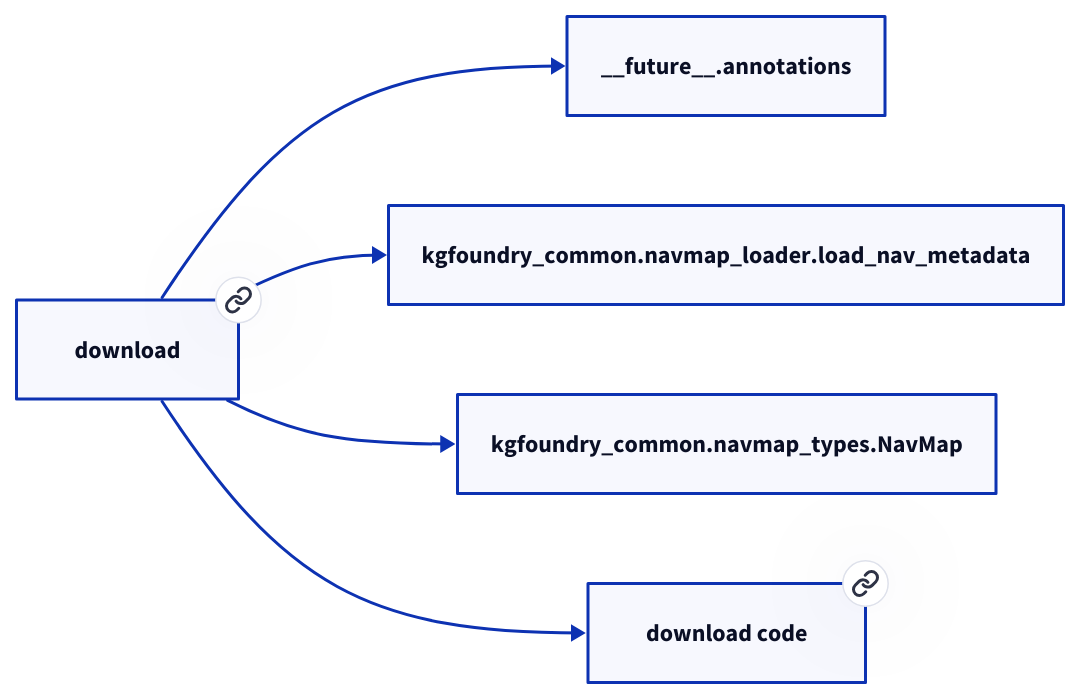
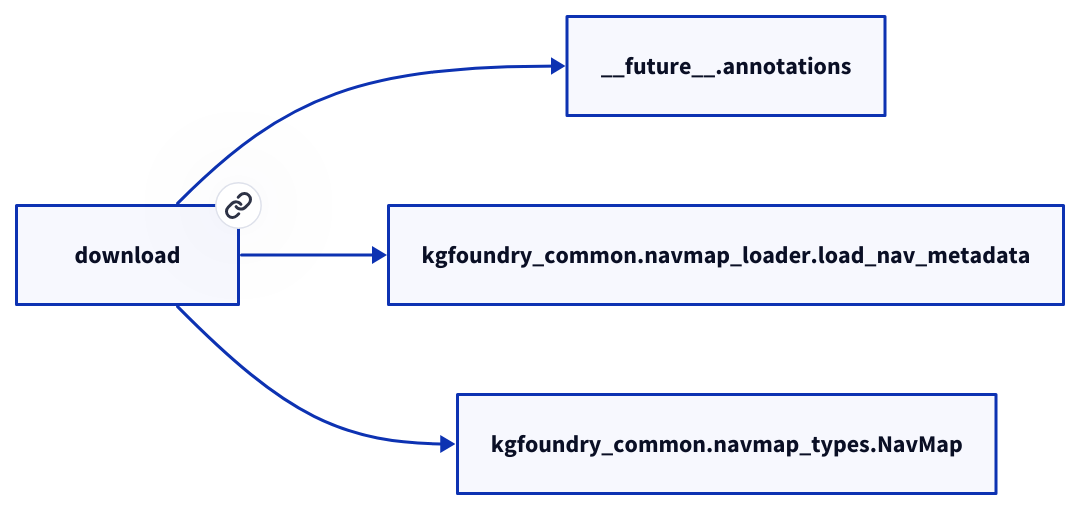
The diagram in docs/modules/download.md (paul-heyse/kgforge), drawn with D2 before and after one commit. The commit also changed other lines of this file and 118 other files, not shown here.

````diff
--- a/docs/modules/download.md
+++ b/docs/modules/download.md
@@ -19,12 +17,10 @@
 ```d2
 direction: right
-"download": "download" { link: "./download.md" }
+"download": "download" { link: "download.md" }
 "__future__.annotations": "__future__.annotations"
 "download" -> "__future__.annotations"
 "kgfoundry_common.navmap_loader.load_nav_metadata": "kgfoundry_common.navmap_loader.load_nav_metadata"
 "download" -> "kgfoundry_common.navmap_loader.load_nav_metadata"
 "kgfoundry_common.navmap_types.NavMap": "kgfoundry_common.navmap_types.NavMap"
 "download" -> "kgfoundry_common.navmap_types.NavMap"
-"download_code": "download code" { link: "https://github.com/kgfoundry/kgfoundry/blob/main/src/download/__init__.py" }
-"download" -> "download_code" { style: dashed }
 ```
````
